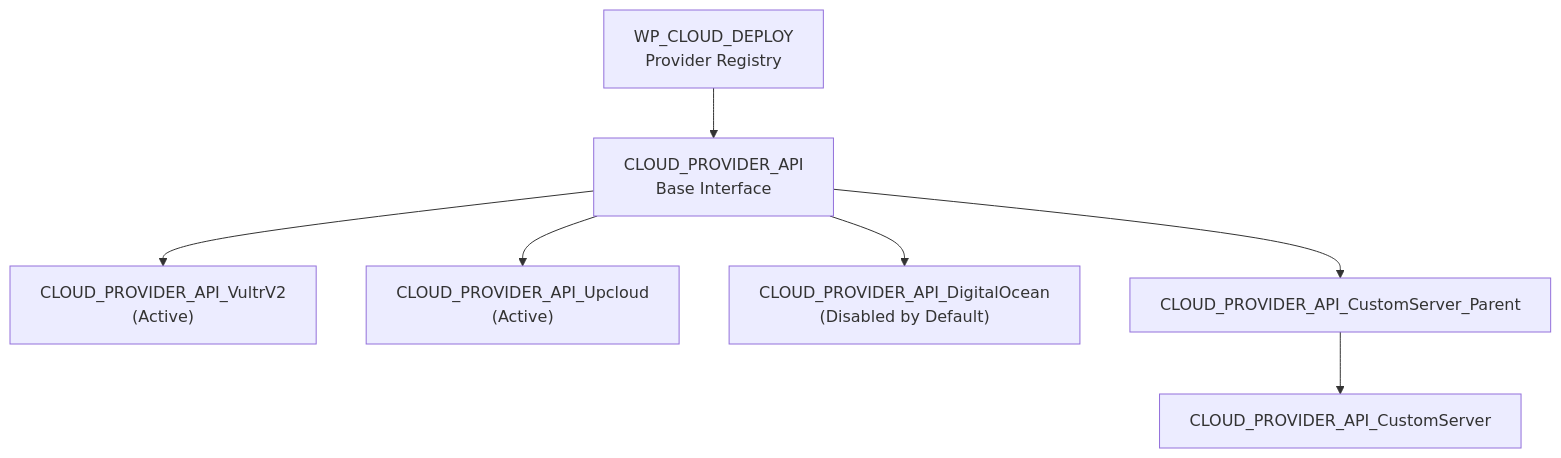
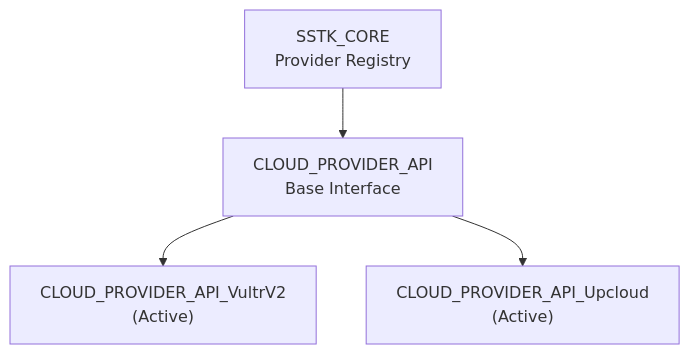
One commit to onedogsolutions/simple-stack changed the first of 7 diagrams in .qoder/repowiki/en/content/Cloud Provider Integration/Cloud Provider Integration.md. Above: the diagram before and after it, drawn with Mermaid. The commit also changed other lines of this file and 5941 other files, not shown here.

First line of the commit message:
refactor(core): rebrand WPCloudDeploy to Simple Stack with new namespaces and prefixes

````diff
--- a/.qoder/repowiki/en/content/Cloud Provider Integration/Cloud Provider Integration.md
+++ b/.qoder/repowiki/en/content/Cloud Provider Integration/Cloud Provider Integration.md
@@ -49,9 +44,6 @@
 ```mermaid
 graph TB
-Registry["WP_CLOUD_DEPLOY<br/>Provider Registry"] --> Base["CLOUD_PROVIDER_API<br/>Base Interface"]
+Registry["SSTK_CORE<br/>Provider Registry"] --> Base["CLOUD_PROVIDER_API<br/>Base Interface"]
 Base --> Vultr["CLOUD_PROVIDER_API_VultrV2<br/>(Active)"]
 Base --> Upcloud["CLOUD_PROVIDER_API_Upcloud<br/>(Active)"]
-Base --> DO["CLOUD_PROVIDER_API_DigitalOcean<br/>(Disabled by Default)"]
-Base --> CustomParent["CLOUD_PROVIDER_API_CustomServer_Parent"]
-CustomParent --> CustomConcrete["CLOUD_PROVIDER_API_CustomServer"]
 ```
````
